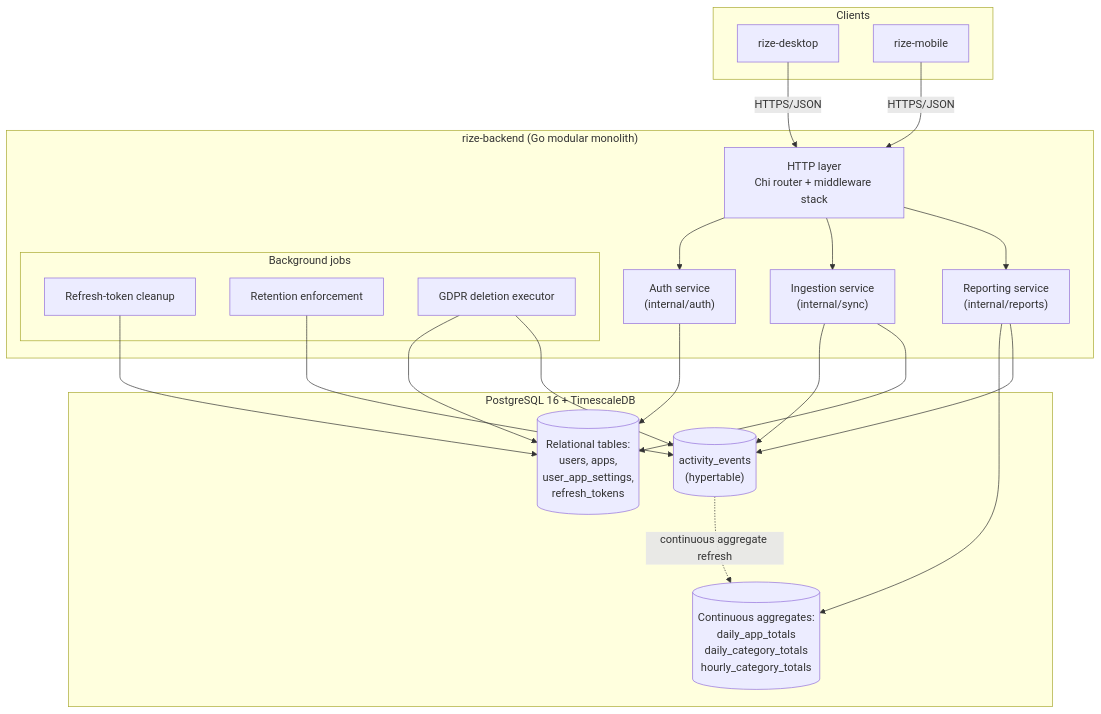
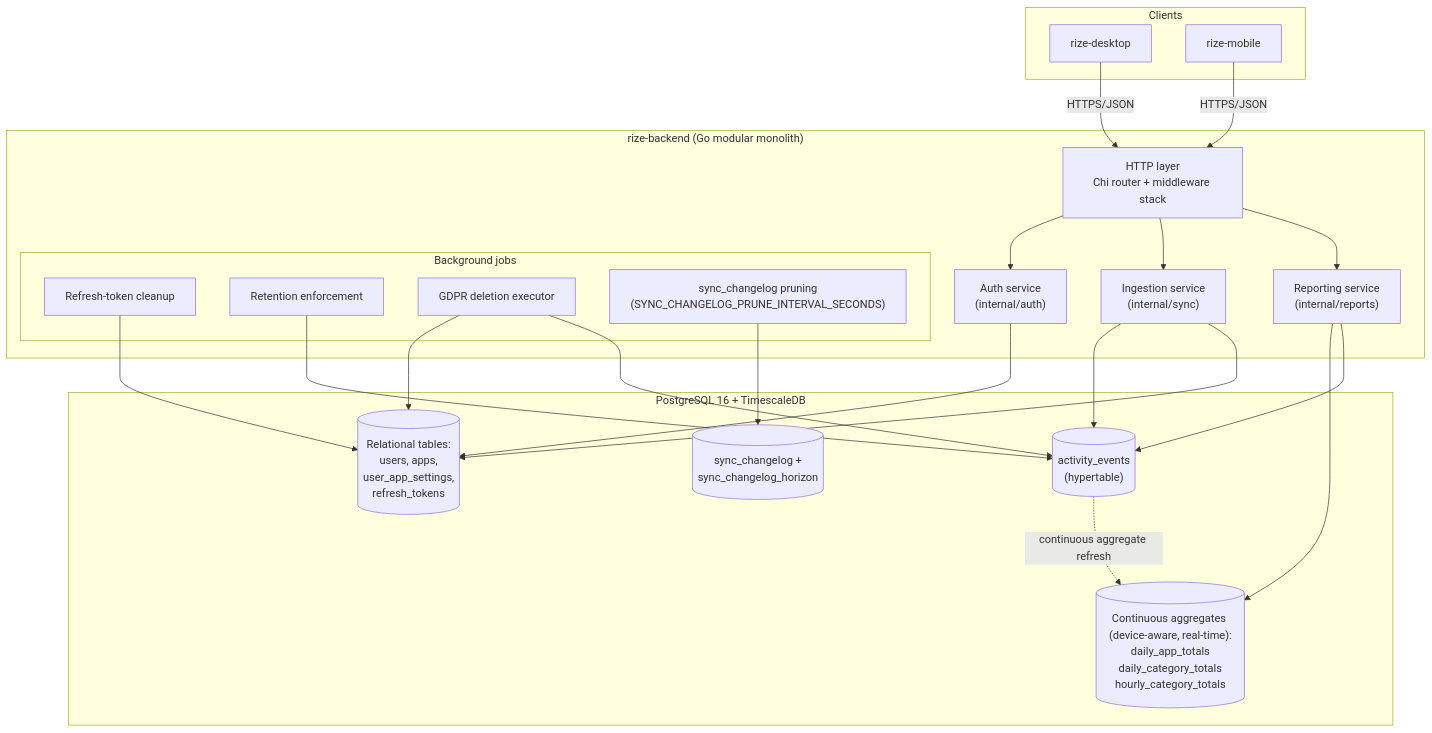
One commit to mirkru37/rize-clone changed the first of 3 diagrams in documentation/architecture-backend.md. Above: the diagram before and after it, drawn with Mermaid. The commit also changed other lines of this file and 5 other files, not shown here.

First line of the commit message:
[RIZ-80] docs: reconcile backend contracts — GCE deploy, lockout, changelog retention, device-aware caggs (#45)

````diff
--- a/documentation/architecture-backend.md
+++ b/documentation/architecture-backend.md
@@ -47,46 +47,49 @@
 ```mermaid
 flowchart TB
     subgraph Clients
         Desktop["rize-desktop"]
         Mobile["rize-mobile"]
     end
 
     subgraph Backend["rize-backend (Go modular monolith)"]
         HTTP["HTTP layer<br/>Chi router + middleware stack"]
         AuthSvc["Auth service<br/>(internal/auth)"]
         IngestSvc["Ingestion service<br/>(internal/sync)"]
         ReportSvc["Reporting service<br/>(internal/reports)"]
 
         subgraph Jobs["Background jobs"]
             JobRefresh["Refresh-token cleanup"]
             JobRetention["Retention enforcement"]
             JobGDPR["GDPR deletion executor"]
+            JobChangelogPrune["sync_changelog pruning\n(SYNC_CHANGELOG_PRUNE_INTERVAL_SECONDS)"]
         end
     end
 
     subgraph DB["PostgreSQL 16 + TimescaleDB"]
         Hypertable[("activity_events\n(hypertable)")]
-        Aggregates[("Continuous aggregates:\ndaily_app_totals\ndaily_category_totals\nhourly_category_totals")]
+        Aggregates[("Continuous aggregates (device-aware, real-time):\ndaily_app_totals\ndaily_category_totals\nhourly_category_totals")]
         Relational[("Relational tables:\nusers, apps,\nuser_app_settings,\nrefresh_tokens")]
+        Changelog[("sync_changelog +\nsync_changelog_horizon")]
     end
 
     Desktop -- "HTTPS/JSON" --> HTTP
     Mobile -- "HTTPS/JSON" --> HTTP
 
     HTTP --> AuthSvc
     HTTP --> IngestSvc
     HTTP --> ReportSvc
 
     AuthSvc --> Relational
     IngestSvc --> Hypertable
     IngestSvc --> Relational
     ReportSvc --> Aggregates
     ReportSvc --> Hypertable
 
     Hypertable -. "continuous aggregate refresh" .-> Aggregates
 
     JobRefresh --> Relational
     JobRetention --> Hypertable
     JobGDPR --> Relational
     JobGDPR --> Hypertable
+    JobChangelogPrune --> Changelog
 ```
````
